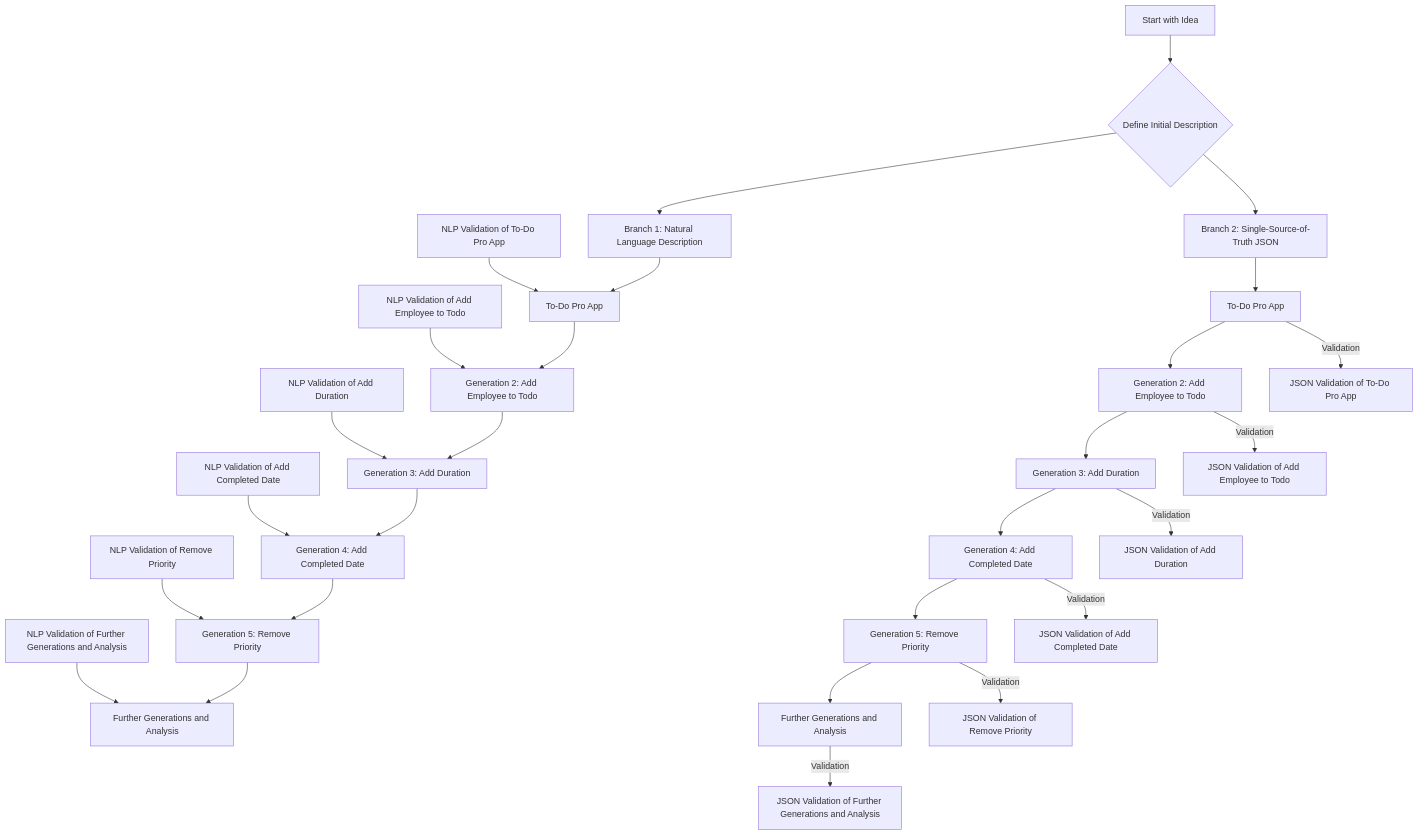
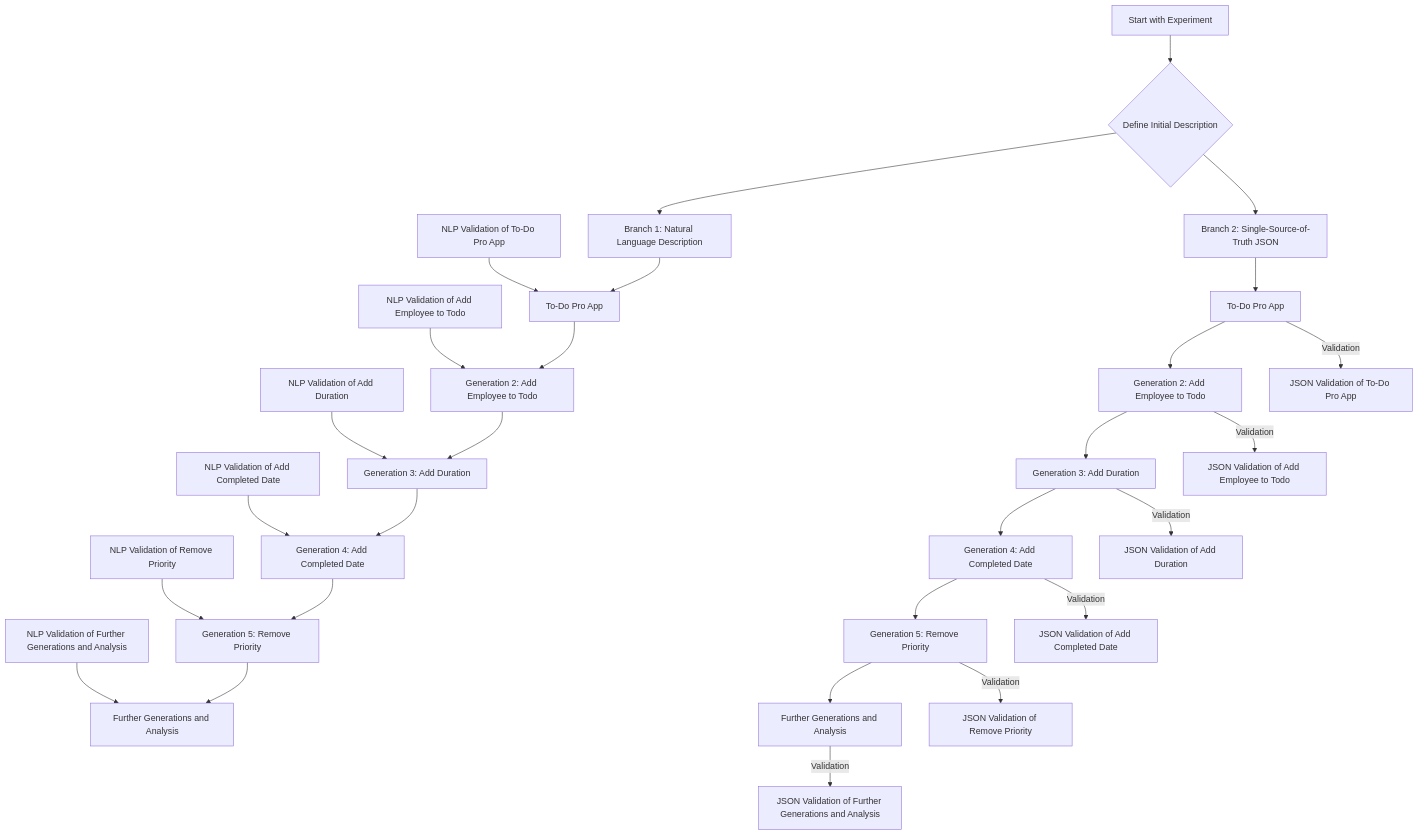
One commit to eejai42/syntax-free-vs-locked changed the first of 4 diagrams in README.md. Above: the diagram before and after it, drawn with Mermaid. The commit also changed other lines of this file and 49 other files, not shown here.

````diff
--- a/README.md
+++ b/README.md
@@ -60,39 +60,39 @@
 ```mermaid
 graph TD
   %% Syntax-Locked Branch
-  A[Start with Idea] --> B{Define Initial Description}
+  A[Start with Experiment] --> B{Define Initial Description}
   B --> C1[Branch 1: Natural Language Description]
 
   %% Pre-positioned Validation Nodes for Syntax-Locked Branch
   E1[NLP Validation of To-Do Pro App] --> D1[To-Do Pro App]
   G1[NLP Validation of Add Employee to Todo] --> F1[Generation 2: Add Employee to Todo]
   I1[NLP Validation of Add Duration] --> H1[Generation 3: Add Duration]
   K1[NLP Validation of Add Completed Date] --> J1[Generation 4: Add Completed Date]
   M1[NLP Validation of Remove Priority] --> L1[Generation 5: Remove Priority]
   O1[NLP Validation of Further Generations and Analysis] --> N1[Further Generations and Analysis]
 
   %% Connecting Syntax-Locked Branch Nodes Sequentially
   C1 --> D1
   D1 --> F1
   F1 --> H1
   H1 --> J1
   J1 --> L1
   L1 --> N1
 
   %% Syntax-Free Branch
   B --> C2[Branch 2: Single-Source-of-Truth JSON]
   C2 --> D2[To-Do Pro App]
   D2 --> F2[Generation 2: Add Employee to Todo]
   F2 --> H2[Generation 3: Add Duration]
   H2 --> J2[Generation 4: Add Completed Date]
   J2 --> L2[Generation 5: Remove Priority]
   L2 --> N2[Further Generations and Analysis]
 
   %% Validation Nodes for Syntax-Free Branch
   D2 --> |Validation| E2[JSON Validation of To-Do Pro App]
   F2 --> |Validation| G2[JSON Validation of Add Employee to Todo]
   H2 --> |Validation| I2[JSON Validation of Add Duration]
   J2 --> |Validation| K2[JSON Validation of Add Completed Date]
   L2 --> |Validation| M2[JSON Validation of Remove Priority]
   N2 --> |Validation| O2[JSON Validation of Further Generations and Analysis]
 ```
````
